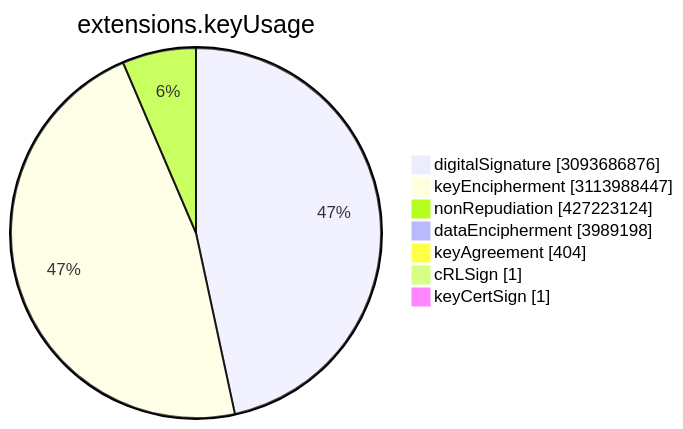
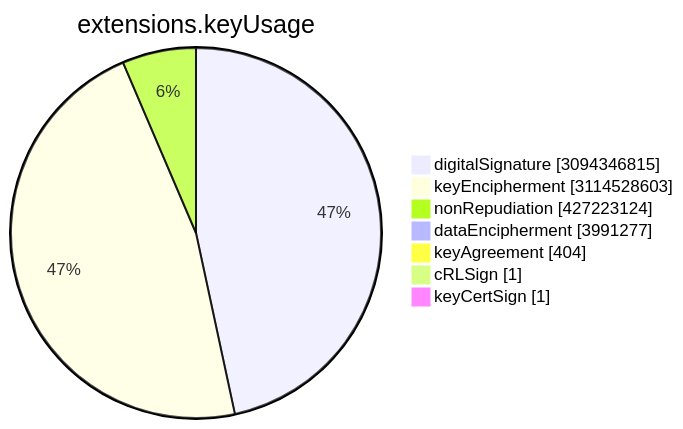
One commit to christiankrug/ctmonitor_visualization changed the sixth of 15 diagrams in TOTAL/README.md. Above: the diagram before and after it, drawn with Mermaid. The commit also changed other lines of this file, not shown here.

````diff
--- a/TOTAL/README.md
+++ b/TOTAL/README.md
@@ -3077,11 +3077,11 @@
 ```mermaid
 pie showData
 title extensions.keyUsage
-"digitalSignature" :3093686876
-"keyEncipherment" :3113988447
+"digitalSignature" :3094346815
+"keyEncipherment" :3114528603
 "nonRepudiation" :427223124
-"dataEncipherment" :3989198
+"dataEncipherment" :3991277
 "keyAgreement" :404
 "cRLSign" :1
 "keyCertSign" :1
 ```
````
